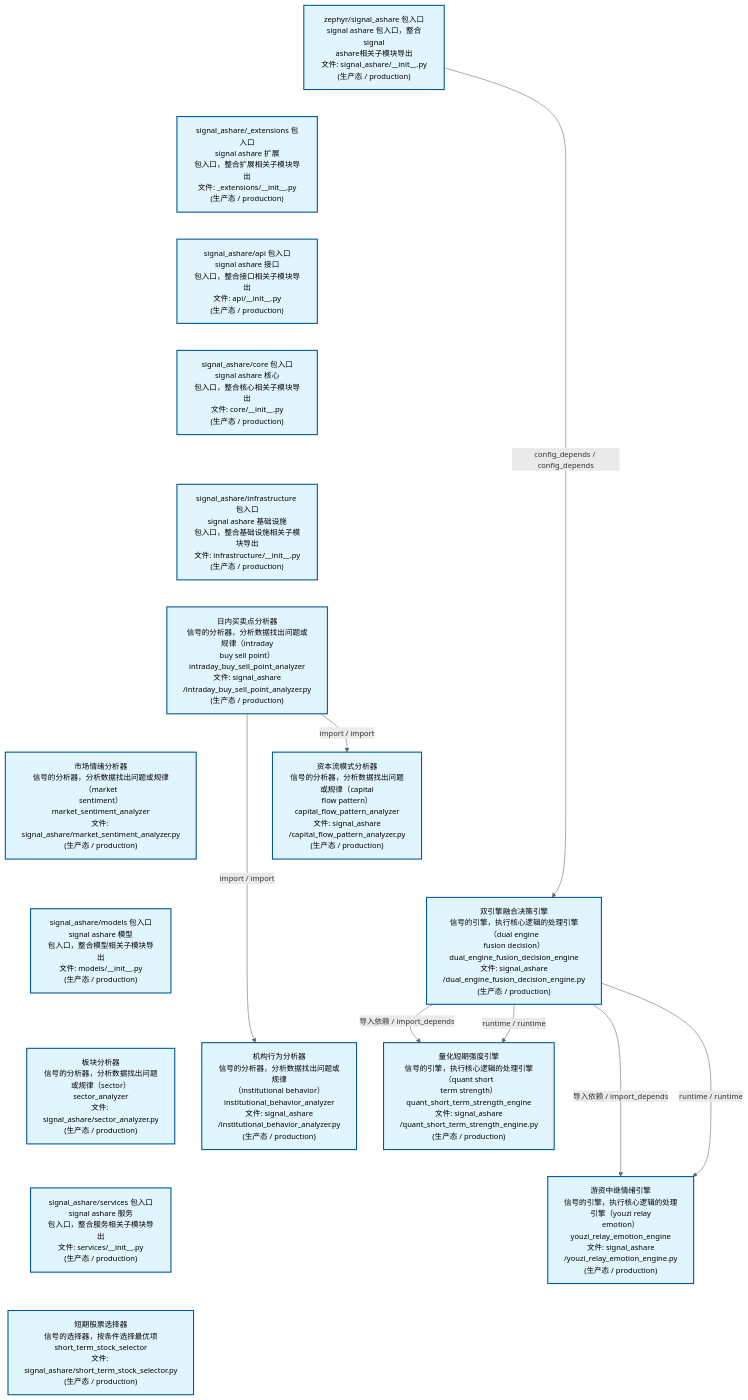
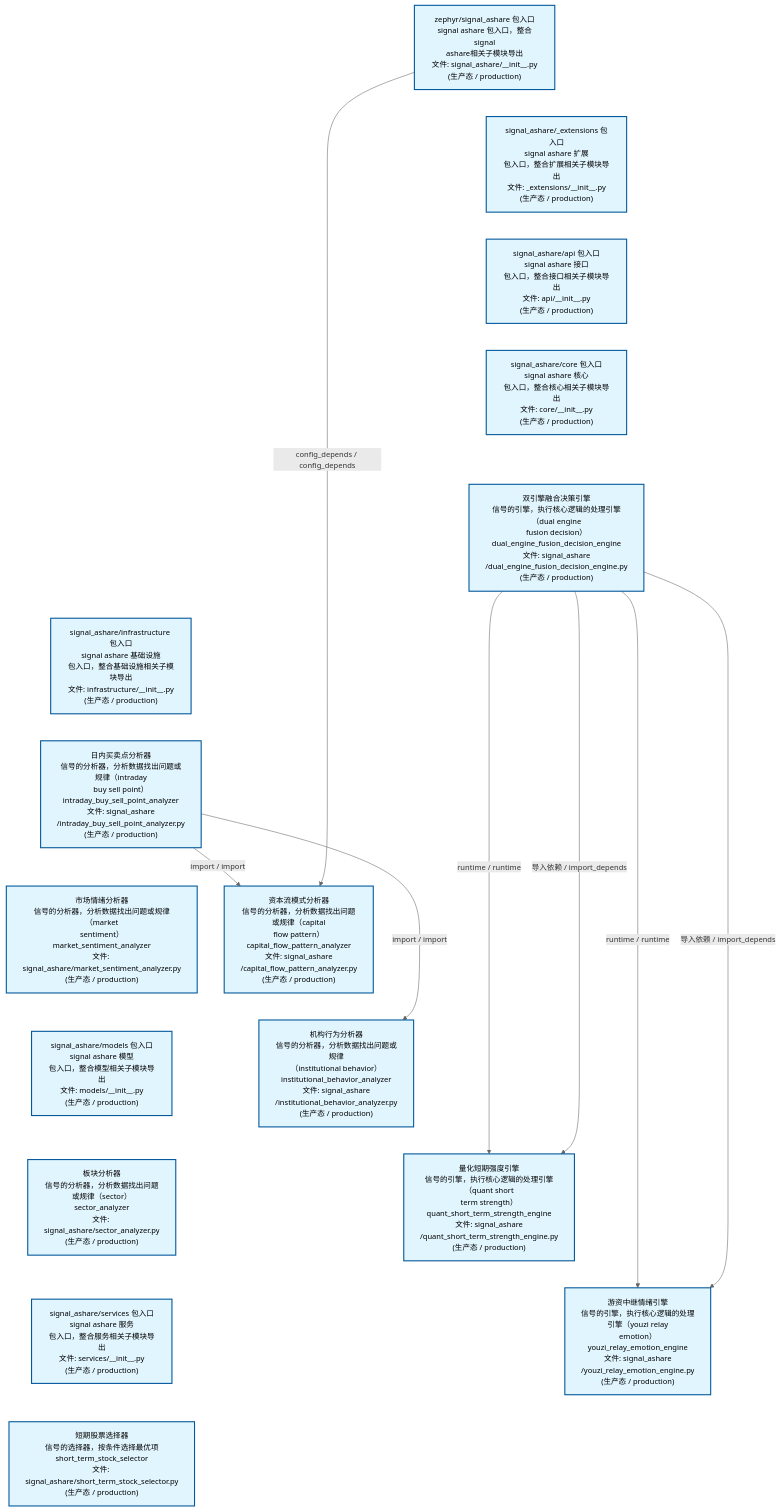
The second of 4 diagrams in docs/02_enterprise_architecture/02_domain_architecture_docs/32_d_ashare_signal.md (xuanFelixVan/ZephyrAlpha), drawn with Mermaid before and after one commit. The commit also changed other lines of this file and 45 other files, not shown here.

````diff
--- a/docs/02_enterprise_architecture/02_domain_architecture_docs/32_d_ashare_signal.md
+++ b/docs/02_enterprise_architecture/02_domain_architecture_docs/32_d_ashare_signal.md
@@ -163,45 +163,46 @@
 ```mermaid
 %%{init: {'theme': 'base', 'themeVariables': {'primaryColor': '#eaeaea', 'primaryTextColor': '#333333', 'primaryBorderColor': '#666666', 'lineColor': '#666666', 'secondaryColor': '#eaeaea', 'tertiaryColor': '#eaeaea', 'fontSize': '14px'}}}%%
 flowchart TD
     src_zephyr_signal_ashare_init_py["zephyr/signal_ashare 包入口<br/>signal ashare 包入口，整合signal<br/>ashare相关子模块导出<br/>文件: signal_ashare/__init__.py<br/>(生产态 / production)"]
     src_zephyr_signal_ashare_extensions_init_py["signal_ashare/_extensions 包入口<br/>signal ashare 扩展<br/>包入口，整合扩展相关子模块导出<br/>文件: _extensions/__init__.py<br/>(生产态 / production)"]
     src_zephyr_signal_ashare_api_init_py["signal_ashare/api 包入口<br/>signal ashare 接口<br/>包入口，整合接口相关子模块导出<br/>文件: api/__init__.py<br/>(生产态 / production)"]
     src_zephyr_signal_ashare_core_init_py["signal_ashare/core 包入口<br/>signal ashare 核心<br/>包入口，整合核心相关子模块导出<br/>文件: core/__init__.py<br/>(生产态 / production)"]
+    src_zephyr_signal_ashare_dual_engine_fusion_decision_engine_py["双引擎融合决策引擎<br/>信号的引擎，执行核心逻辑的处理引擎（dual engine<br/>fusion decision）<br/>dual_engine_fusion_decision_engine<br/>文件: signal_ashare<br/>/dual_engine_fusion_decision_engine.py<br/>(生产态 / production)"]
     src_zephyr_signal_ashare_infrastructure_init_py["signal_ashare/infrastructure 包入口<br/>signal ashare 基础设施<br/>包入口，整合基础设施相关子模块导出<br/>文件: infrastructure/__init__.py<br/>(生产态 / production)"]
     src_zephyr_signal_ashare_intraday_buy_sell_point_analyzer_py["日内买卖点分析器<br/>信号的分析器，分析数据找出问题或规律（intraday<br/>buy sell point）<br/>intraday_buy_sell_point_analyzer<br/>文件: signal_ashare<br/>/intraday_buy_sell_point_analyzer.py<br/>(生产态 / production)"]
     src_zephyr_signal_ashare_market_sentiment_analyzer_py["市场情绪分析器<br/>信号的分析器，分析数据找出问题或规律（market<br/>sentiment）<br/>market_sentiment_analyzer<br/>文件: signal_ashare/market_sentiment_analyzer.py<br/>(生产态 / production)"]
     src_zephyr_signal_ashare_models_init_py["signal_ashare/models 包入口<br/>signal ashare 模型<br/>包入口，整合模型相关子模块导出<br/>文件: models/__init__.py<br/>(生产态 / production)"]
     src_zephyr_signal_ashare_sector_analyzer_py["板块分析器<br/>信号的分析器，分析数据找出问题或规律（sector）<br/>sector_analyzer<br/>文件: signal_ashare/sector_analyzer.py<br/>(生产态 / production)"]
     src_zephyr_signal_ashare_services_init_py["signal_ashare/services 包入口<br/>signal ashare 服务<br/>包入口，整合服务相关子模块导出<br/>文件: services/__init__.py<br/>(生产态 / production)"]
     src_zephyr_signal_ashare_short_term_stock_selector_py["短期股票选择器<br/>信号的选择器，按条件选择最优项<br/>short_term_stock_selector<br/>文件: signal_ashare/short_term_stock_selector.py<br/>(生产态 / production)"]
     src_zephyr_signal_ashare_init_py ~~~ src_zephyr_signal_ashare_extensions_init_py
     src_zephyr_signal_ashare_extensions_init_py ~~~ src_zephyr_signal_ashare_api_init_py
     src_zephyr_signal_ashare_api_init_py ~~~ src_zephyr_signal_ashare_core_init_py
-    src_zephyr_signal_ashare_core_init_py ~~~ src_zephyr_signal_ashare_infrastructure_init_py
+    src_zephyr_signal_ashare_core_init_py ~~~ src_zephyr_signal_ashare_dual_engine_fusion_decision_engine_py
+    src_zephyr_signal_ashare_dual_engine_fusion_decision_engine_py ~~~ src_zephyr_signal_ashare_infrastructure_init_py
     src_zephyr_signal_ashare_infrastructure_init_py ~~~ src_zephyr_signal_ashare_intraday_buy_sell_point_analyzer_py
     src_zephyr_signal_ashare_intraday_buy_sell_point_analyzer_py ~~~ src_zephyr_signal_ashare_market_sentiment_analyzer_py
     src_zephyr_signal_ashare_market_sentiment_analyzer_py ~~~ src_zephyr_signal_ashare_models_init_py
     src_zephyr_signal_ashare_models_init_py ~~~ src_zephyr_signal_ashare_sector_analyzer_py
     src_zephyr_signal_ashare_sector_analyzer_py ~~~ src_zephyr_signal_ashare_services_init_py
     src_zephyr_signal_ashare_services_init_py ~~~ src_zephyr_signal_ashare_short_term_stock_selector_py
     src_zephyr_signal_ashare_capital_flow_pattern_analyzer_py["资本流模式分析器<br/>信号的分析器，分析数据找出问题或规律（capital<br/>flow pattern）<br/>capital_flow_pattern_analyzer<br/>文件: signal_ashare<br/>/capital_flow_pattern_analyzer.py<br/>(生产态 / production)"]
-    src_zephyr_signal_ashare_dual_engine_fusion_decision_engine_py["双引擎融合决策引擎<br/>信号的引擎，执行核心逻辑的处理引擎（dual engine<br/>fusion decision）<br/>dual_engine_fusion_decision_engine<br/>文件: signal_ashare<br/>/dual_engine_fusion_decision_engine.py<br/>(生产态 / production)"]
     src_zephyr_signal_ashare_institutional_behavior_analyzer_py["机构行为分析器<br/>信号的分析器，分析数据找出问题或规律<br/>（institutional behavior）<br/>institutional_behavior_analyzer<br/>文件: signal_ashare<br/>/institutional_behavior_analyzer.py<br/>(生产态 / production)"]
-    src_zephyr_signal_ashare_capital_flow_pattern_analyzer_py ~~~ src_zephyr_signal_ashare_dual_engine_fusion_decision_engine_py
-    src_zephyr_signal_ashare_dual_engine_fusion_decision_engine_py ~~~ src_zephyr_signal_ashare_institutional_behavior_analyzer_py
     src_zephyr_signal_ashare_quant_short_term_strength_engine_py["量化短期强度引擎<br/>信号的引擎，执行核心逻辑的处理引擎（quant short<br/>term strength）<br/>quant_short_term_strength_engine<br/>文件: signal_ashare<br/>/quant_short_term_strength_engine.py<br/>(生产态 / production)"]
     src_zephyr_signal_ashare_youzi_relay_emotion_engine_py["游资中继情绪引擎<br/>信号的引擎，执行核心逻辑的处理引擎（youzi relay<br/>emotion）<br/>youzi_relay_emotion_engine<br/>文件: signal_ashare<br/>/youzi_relay_emotion_engine.py<br/>(生产态 / production)"]
+    src_zephyr_signal_ashare_capital_flow_pattern_analyzer_py ~~~ src_zephyr_signal_ashare_institutional_behavior_analyzer_py
+    src_zephyr_signal_ashare_institutional_behavior_analyzer_py ~~~ src_zephyr_signal_ashare_quant_short_term_strength_engine_py
     src_zephyr_signal_ashare_quant_short_term_strength_engine_py ~~~ src_zephyr_signal_ashare_youzi_relay_emotion_engine_py
+    src_zephyr_signal_ashare_dual_engine_fusion_decision_engine_py -->|runtime / runtime| src_zephyr_signal_ashare_quant_short_term_strength_engine_py
     src_zephyr_signal_ashare_dual_engine_fusion_decision_engine_py -->|导入依赖 / import_depends| src_zephyr_signal_ashare_quant_short_term_strength_engine_py
-    src_zephyr_signal_ashare_dual_engine_fusion_decision_engine_py -->|runtime / runtime| src_zephyr_signal_ashare_quant_short_term_strength_engine_py
+    src_zephyr_signal_ashare_dual_engine_fusion_decision_engine_py -->|runtime / runtime| src_zephyr_signal_ashare_youzi_relay_emotion_engine_py
     src_zephyr_signal_ashare_dual_engine_fusion_decision_engine_py -->|导入依赖 / import_depends| src_zephyr_signal_ashare_youzi_relay_emotion_engine_py
-    src_zephyr_signal_ashare_dual_engine_fusion_decision_engine_py -->|runtime / runtime| src_zephyr_signal_ashare_youzi_relay_emotion_engine_py
+    src_zephyr_signal_ashare_intraday_buy_sell_point_analyzer_py -->|import / import| src_zephyr_signal_ashare_capital_flow_pattern_analyzer_py
     src_zephyr_signal_ashare_intraday_buy_sell_point_analyzer_py -->|import / import| src_zephyr_signal_ashare_institutional_behavior_analyzer_py
-    src_zephyr_signal_ashare_intraday_buy_sell_point_analyzer_py -->|import / import| src_zephyr_signal_ashare_capital_flow_pattern_analyzer_py
-    src_zephyr_signal_ashare_init_py -->|config_depends / config_depends| src_zephyr_signal_ashare_dual_engine_fusion_decision_engine_py
+    src_zephyr_signal_ashare_init_py -->|config_depends / config_depends| src_zephyr_signal_ashare_capital_flow_pattern_analyzer_py
     classDef production fill:#e1f5fe,stroke:#01579b,stroke-width:2px,color:#000
     classDef design fill:#fff3e0,stroke:#e65100,stroke-width:2px,color:#000,stroke-dasharray: 5 5
     classDef external_prod fill:#e8f4fd,stroke:#0277bd,stroke-width:1px,color:#000
     classDef external_design fill:#fff8e7,stroke:#ef6c00,stroke-width:1px,color:#000,stroke-dasharray: 5 5
     class src_zephyr_signal_ashare_init_py,src_zephyr_signal_ashare_extensions_init_py,src_zephyr_signal_ashare_api_init_py,src_zephyr_signal_ashare_capital_flow_pattern_analyzer_py,src_zephyr_signal_ashare_core_init_py,src_zephyr_signal_ashare_dual_engine_fusion_decision_engine_py,src_zephyr_signal_ashare_infrastructure_init_py,src_zephyr_signal_ashare_institutional_behavior_analyzer_py,src_zephyr_signal_ashare_intraday_buy_sell_point_analyzer_py,src_zephyr_signal_ashare_market_sentiment_analyzer_py,src_zephyr_signal_ashare_models_init_py,src_zephyr_signal_ashare_quant_short_term_strength_engine_py,src_zephyr_signal_ashare_sector_analyzer_py,src_zephyr_signal_ashare_services_init_py,src_zephyr_signal_ashare_short_term_stock_selector_py,src_zephyr_signal_ashare_youzi_relay_emotion_engine_py production
 ```
````
